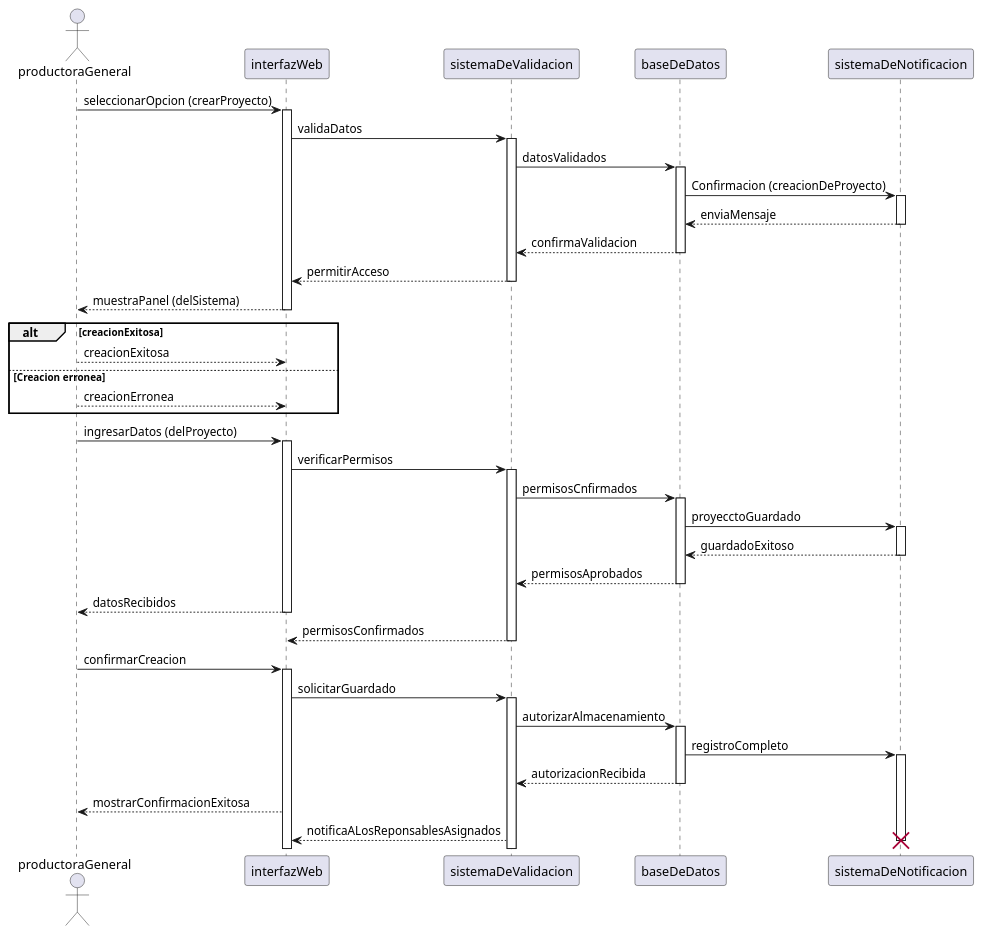
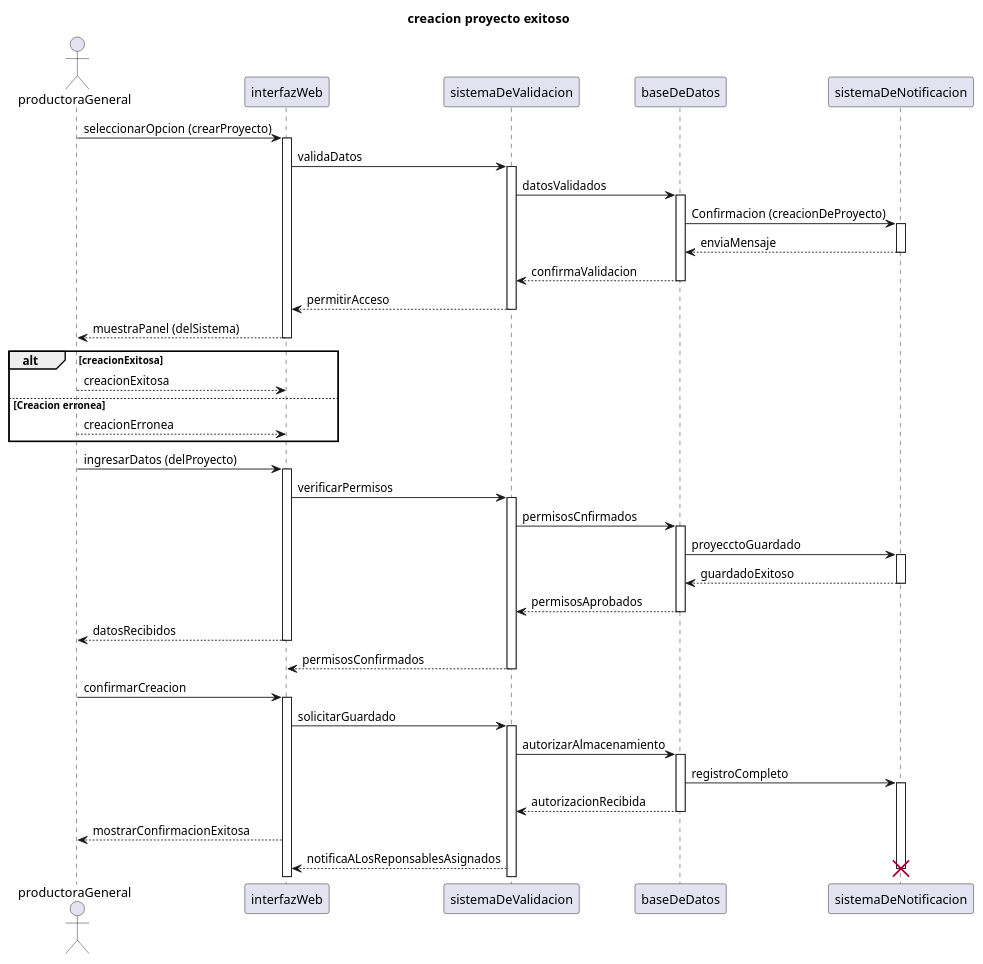
Before and after one commit to 9919-Mili/SistemaProductoraVideos: the diagram in diagramas/05-diagramas-secuencia/05-secuencia-creacion-proyecto-creacion-proyecto-exitoso-01.puml, drawn with PlantUML. The commit also changed 4 other files, not shown here.

```diff
--- a/diagramas/05-diagramas-secuencia/05-secuencia-creacion-proyecto-creacion-proyecto-exitoso-01.puml
+++ b/diagramas/05-diagramas-secuencia/05-secuencia-creacion-proyecto-creacion-proyecto-exitoso-01.puml
@@ -1,66 +1,67 @@
-@startuml creacion proyecto exitoso 
+@startuml 
+title creacion proyecto exitoso 
 actor productoraGeneral
 participant interfazWeb
 participant sistemaDeValidacion
 participant baseDeDatos
 participant sistemaDeNotificacion
 
 productoraGeneral -> interfazWeb: seleccionarOpcion (crearProyecto)
 activate interfazWeb
 interfazWeb -> sistemaDeValidacion: validaDatos 
 activate sistemaDeValidacion
 sistemaDeValidacion -> baseDeDatos: datosValidados
 activate baseDeDatos 
 baseDeDatos -> sistemaDeNotificacion: Confirmacion (creacionDeProyecto)
 activate sistemaDeNotificacion
 sistemaDeNotificacion --> baseDeDatos: enviaMensaje
 deactivate sistemaDeNotificacion
 baseDeDatos --> sistemaDeValidacion: confirmaValidacion
 deactivate baseDeDatos
 sistemaDeValidacion --> interfazWeb: permitirAcceso
 deactivate sistemaDeValidacion
 interfazWeb --> productoraGeneral: muestraPanel (delSistema)
 deactivate interfazWeb
 
 alt creacionExitosa
     productoraGeneral --> interfazWeb: creacionExitosa
 else Creacion erronea
     productoraGeneral --> interfazWeb: creacionErronea
     end
 
 
 
 productoraGeneral -> interfazWeb: ingresarDatos (delProyecto)
 activate interfazWeb
 interfazWeb -> sistemaDeValidacion: verificarPermisos 
 activate sistemaDeValidacion
 sistemaDeValidacion -> baseDeDatos: permisosCnfirmados 
 activate baseDeDatos
 baseDeDatos -> sistemaDeNotificacion: proyecctoGuardado
 activate sistemaDeNotificacion
 sistemaDeNotificacion --> baseDeDatos: guardadoExitoso 
 deactivate sistemaDeNotificacion
 baseDeDatos --> sistemaDeValidacion: permisosAprobados 
 deactivate baseDeDatos
 interfazWeb --> productoraGeneral: datosRecibidos
 deactivate interfazWeb
 sistemaDeValidacion --> interfazWeb: permisosConfirmados 
 deactivate sistemaDeValidacion
 
 productoraGeneral -> interfazWeb: confirmarCreacion 
 activate interfazWeb
 interfazWeb -> sistemaDeValidacion: solicitarGuardado
 activate sistemaDeValidacion
 sistemaDeValidacion -> baseDeDatos: autorizarAlmacenamiento 
 activate baseDeDatos
 baseDeDatos -> sistemaDeNotificacion: registroCompleto
 activate sistemaDeNotificacion
 baseDeDatos -->sistemaDeValidacion: autorizacionRecibida
 deactivate  baseDeDatos
 interfazWeb -->productoraGeneral: mostrarConfirmacionExitosa
 sistemaDeValidacion--> interfazWeb: notificaALosReponsablesAsignados
 
 destroy sistemaDeNotificacion
 
 
 @enduml
```
